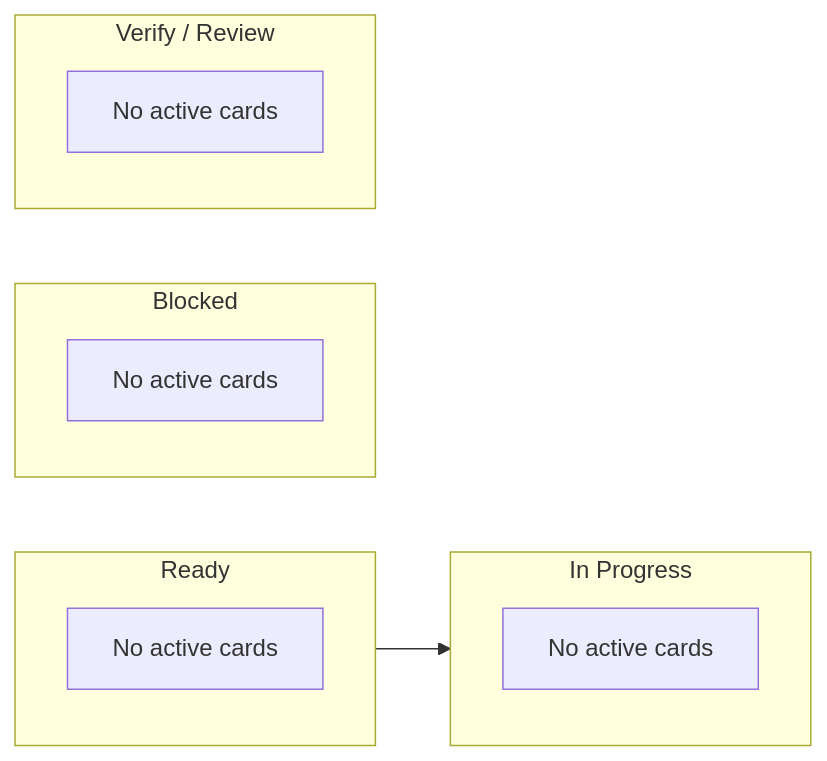
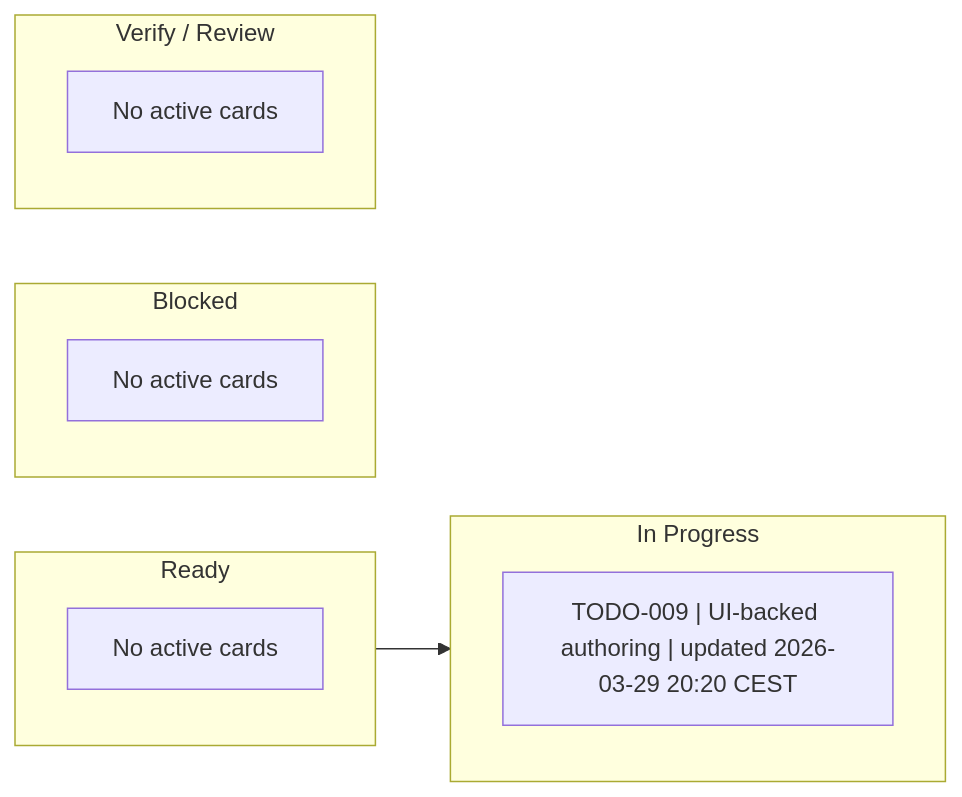
Before and after one commit to shomsy/step-by-step-animator: the diagram in .agents/management/ACTIVE.md, drawn with Mermaid. The commit also changed 3 other files, not shown here.

````diff
--- a/.agents/management/ACTIVE.md
+++ b/.agents/management/ACTIVE.md
@@ -20,20 +20,20 @@
 ```mermaid
 flowchart LR
     subgraph Ready["Ready"]
         R0["No active cards"]
     end
 
     subgraph InProgress["In Progress"]
-        P0["No active cards"]
+        P1["TODO-009 | UI-backed authoring | updated 2026-03-29 20:20 CEST"]
     end
 
     subgraph Blocked["Blocked"]
         B0["No active cards"]
     end
 
     subgraph Verify["Verify / Review"]
         V0["No active cards"]
     end
 
     Ready --> InProgress
 ```
````
